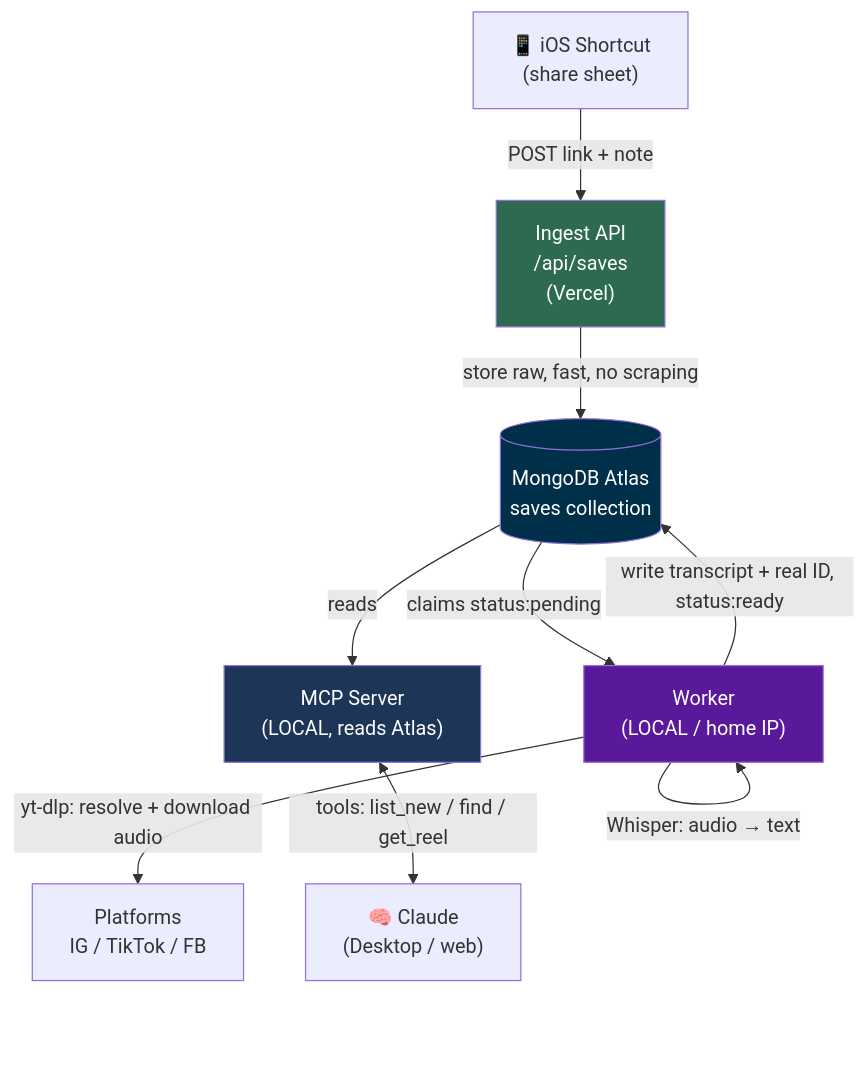
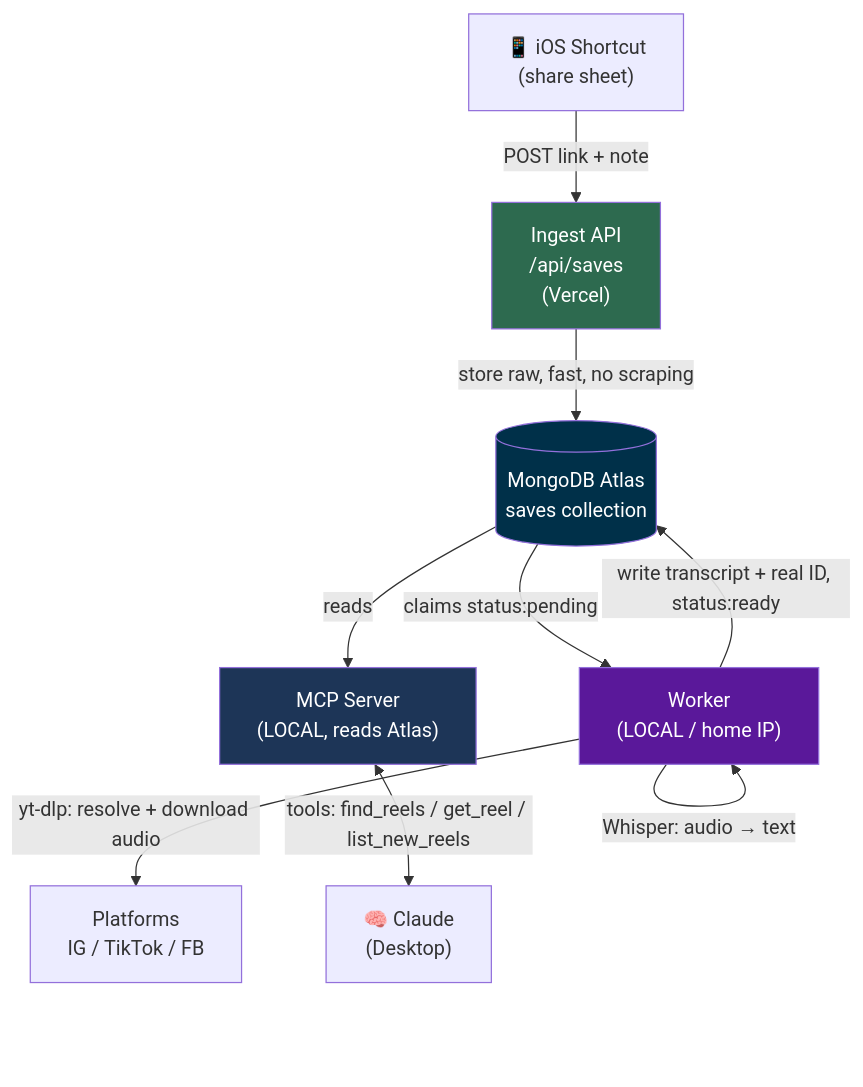
Before and after one commit to chahinfersi/RealSaves: the first of 4 diagrams in ARCHITECTURE.md, drawn with Mermaid. The commit also changed other lines of this file and 19 other files, not shown here.

````diff
--- a/ARCHITECTURE.md
+++ b/ARCHITECTURE.md
@@ -23,18 +24,18 @@
 ```mermaid
 flowchart TD
     A["📱 iOS Shortcut<br/>(share sheet)"] -->|POST link + note| B["Ingest API<br/>/api/saves<br/>(Vercel)"]
     B -->|store raw, fast, no scraping| C[("MongoDB Atlas<br/>saves collection")]
 
     C -->|"claims status:pending"| D["Worker<br/>(LOCAL / home IP)"]
     D -->|"yt-dlp: resolve + download audio"| E["Platforms<br/>IG / TikTok / FB"]
     D -->|"Whisper: audio → text"| D
     D -->|"write transcript + real ID, status:ready"| C
 
     C -->|"reads"| F["MCP Server<br/>(LOCAL, reads Atlas)"]
-    F <-->|"tools: list_new / find / get_reel"| G["🧠 Claude<br/>(Desktop / web)"]
+    F <-->|"tools: find_reels / get_reel / list_new_reels"| G["🧠 Claude<br/>(Desktop)"]
 
     style B fill:#2d6a4f,color:#fff
     style D fill:#5a189a,color:#fff
     style F fill:#1d3557,color:#fff
     style C fill:#003049,color:#fff
 ```
````
